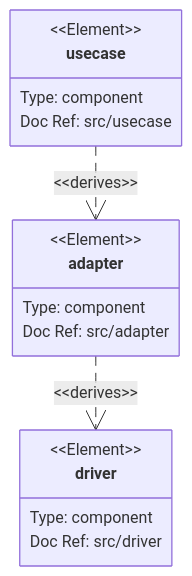
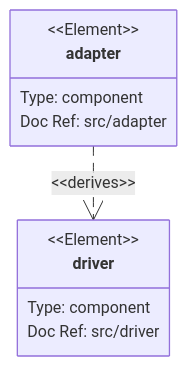
Before and after one commit to vistimi/scraper-backend: the first of 2 diagrams in README.md, drawn with Mermaid. The commit also changed other lines of this file and 19 other files, not shown here.

````diff
--- a/README.md
+++ b/README.md
@@ -103,21 +103,15 @@
 ```mermaid
 requirementDiagram
-
-element usecase {
-type: component
-docref: src/usecase
-}
 
 element adapter {
 type: component
 docref: src/adapter
 }
 
 element driver {
 type: component
 docref: src/driver
 }
 
-usecase - derives -> adapter
 adapter - derives -> driver
 ```
````
